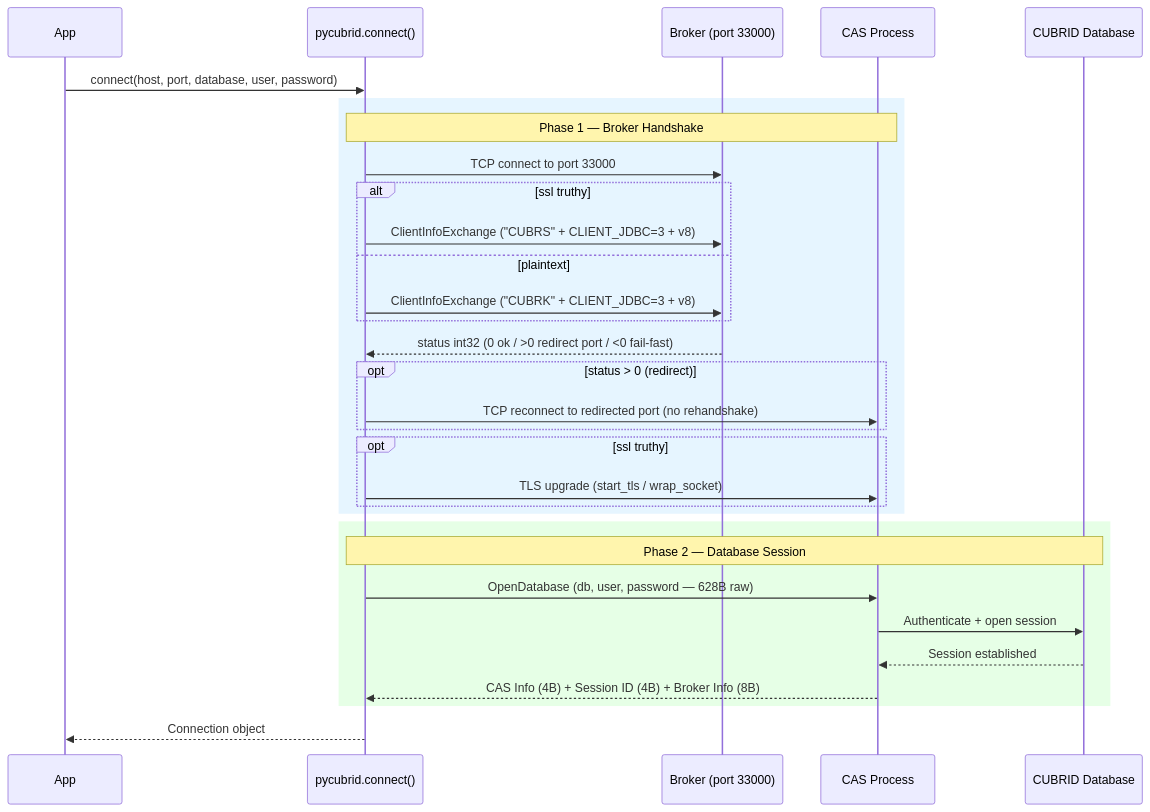
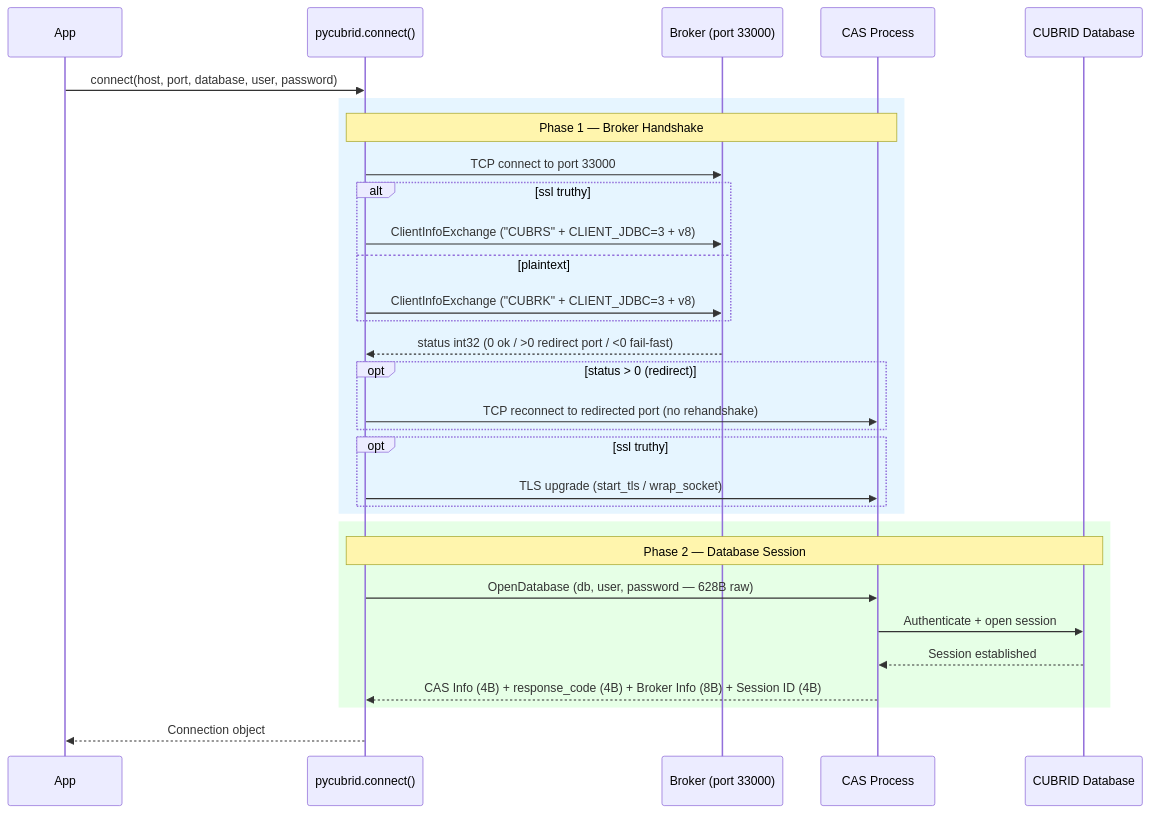
One commit to cubrid-lab/pycubrid changed the first of 5 diagrams in docs/ARCHITECTURE.md. Above: the diagram before and after it, drawn with Mermaid. The commit also changed other lines of this file and 11 other files, not shown here.

````diff
--- a/docs/ARCHITECTURE.md
+++ b/docs/ARCHITECTURE.md
@@ -15,34 +15,34 @@
 ```mermaid
 sequenceDiagram
     participant App
     participant pycubrid as pycubrid.connect()
     participant Broker as Broker (port 33000)
     participant CAS as CAS Process
     participant DB as CUBRID Database
     
     App->>pycubrid: connect(host, port, database, user, password)
     rect rgb(230, 245, 255)
       note over pycubrid, CAS: Phase 1 — Broker Handshake
       pycubrid->>Broker: TCP connect to port 33000
       alt ssl truthy
         pycubrid->>Broker: ClientInfoExchange ("CUBRS" + CLIENT_JDBC=3 + v8)
       else plaintext
         pycubrid->>Broker: ClientInfoExchange ("CUBRK" + CLIENT_JDBC=3 + v8)
       end
       Broker-->>pycubrid: status int32 (0 ok / >0 redirect port / <0 fail-fast)
       opt status > 0 (redirect)
         pycubrid->>CAS: TCP reconnect to redirected port (no rehandshake)
       end
       opt ssl truthy
         pycubrid->>CAS: TLS upgrade (start_tls / wrap_socket)
       end
     end
     rect rgb(230, 255, 230)
       note over pycubrid, DB: Phase 2 — Database Session
       pycubrid->>CAS: OpenDatabase (db, user, password — 628B raw)
       CAS->>DB: Authenticate + open session
       DB-->>CAS: Session established
-      CAS-->>pycubrid: CAS Info (4B) + Session ID (4B) + Broker Info (8B)
+      CAS-->>pycubrid: CAS Info (4B) + response_code (4B) + Broker Info (8B) + Session ID (4B)
     end
     pycubrid-->>App: Connection object
 ```
````
